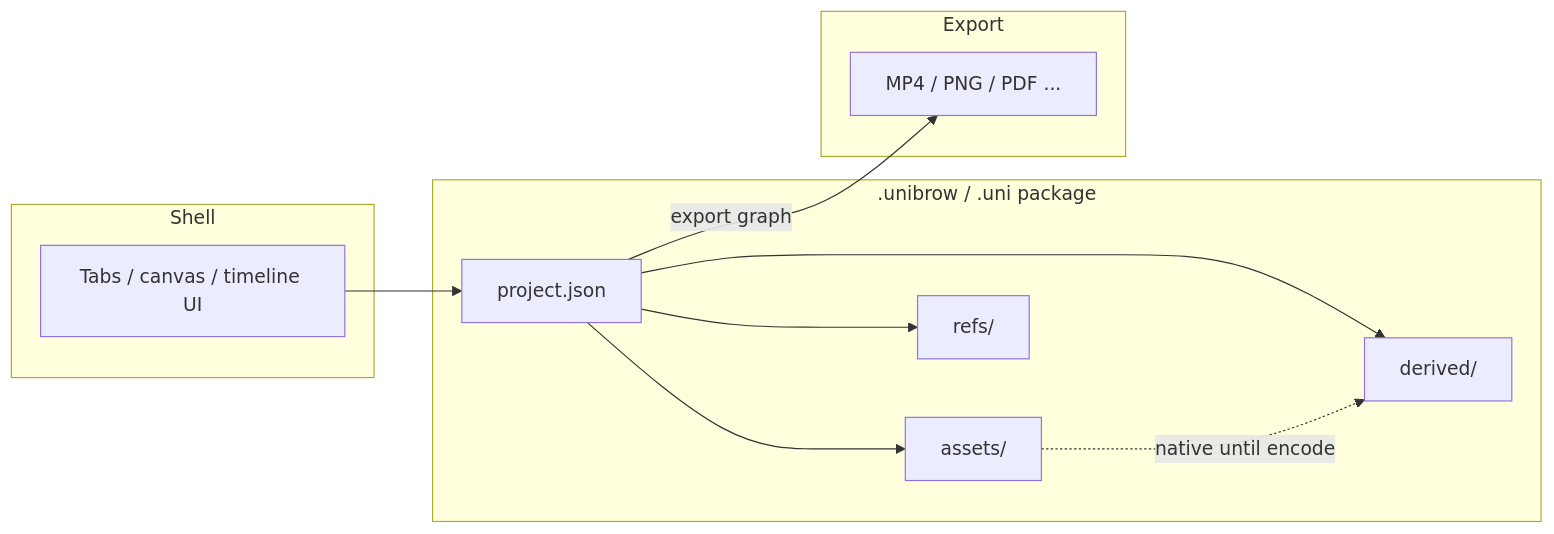
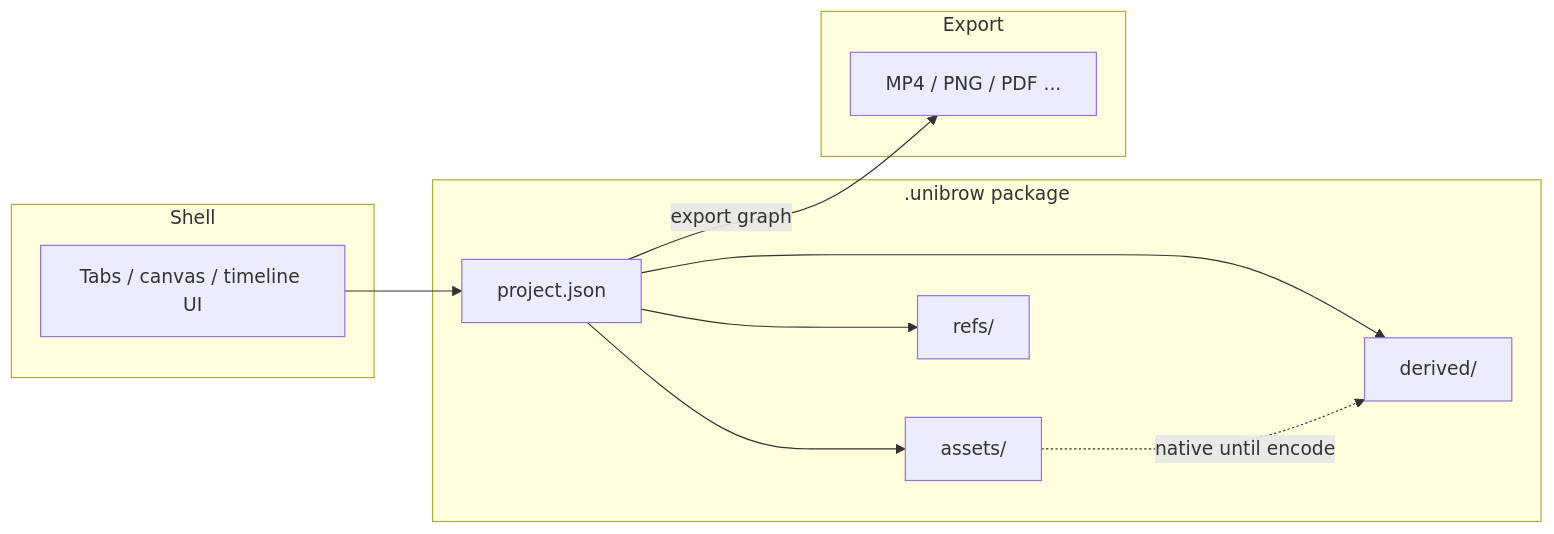
The third of 7 diagrams in docs/architecture.md (browforge/unibrowser), drawn with Mermaid before and after one commit. The commit also changed other lines of this file and 4 other files, not shown here.

First line of the commit message:
Decide native project extension .unibrow only

````diff
--- a/docs/architecture.md
+++ b/docs/architecture.md
@@ -110,24 +110,24 @@
 ```mermaid
 flowchart LR
-  subgraph Project[".unibrow / .uni package"]
+  subgraph Project[".unibrow package"]
     PJ[project.json]
     A[assets/]
     R[refs/]
     D[derived/]
   end
 
   subgraph Shell
     TAB[Tabs / canvas / timeline UI]
   end
 
   subgraph Export
     OUT[MP4 / PNG / PDF ...]
   end
 
   TAB --> PJ
   PJ --> A
   PJ --> R
   PJ --> D
   PJ -->|export graph| OUT
   A -.->|native until encode| D
 ```
````
